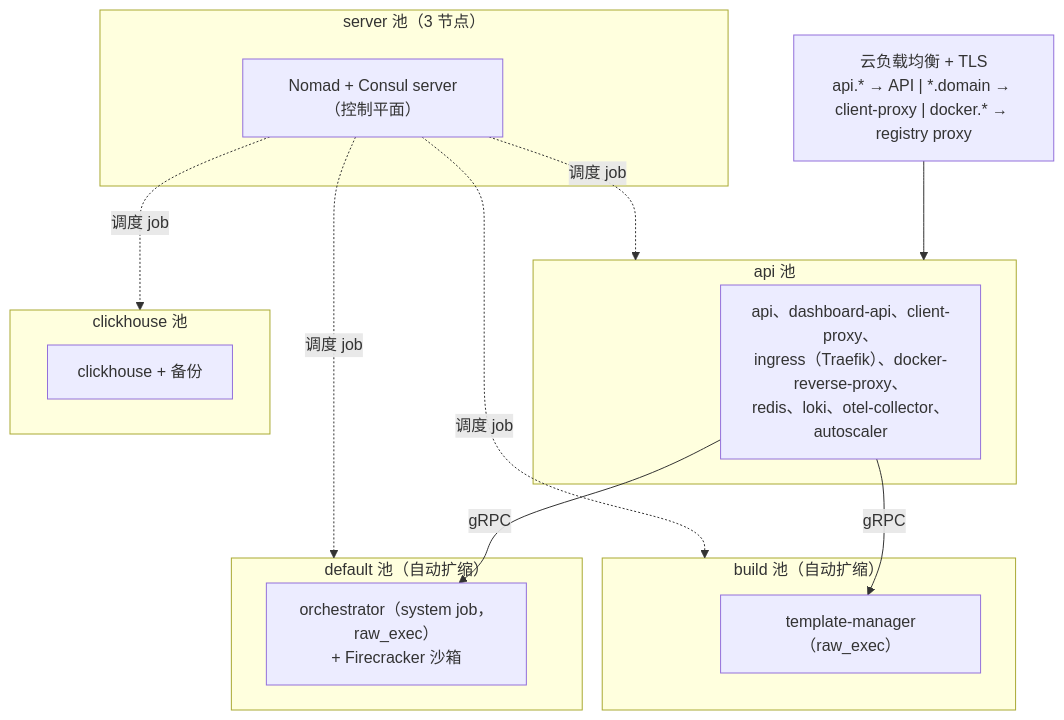
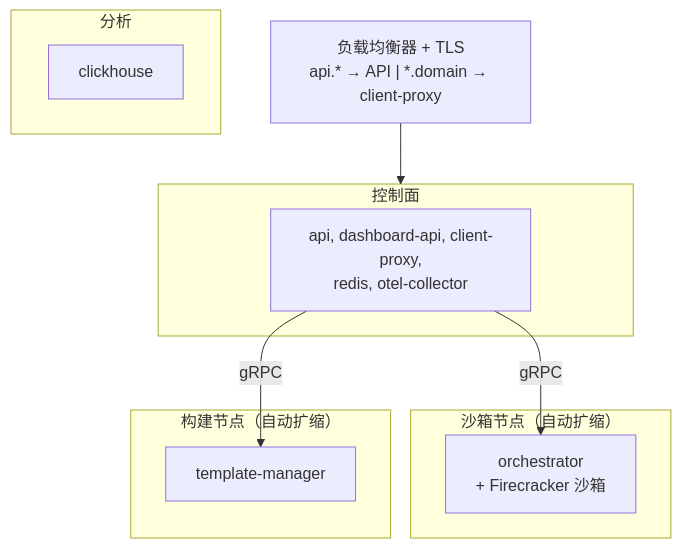
One commit to Piwriw/infra changed the sixth of 6 diagrams in web-docs/architecture-overview.md. Above: the diagram before and after it, drawn with Mermaid. The commit also changed other lines of this file and 59 other files, not shown here.

````diff
--- a/web-docs/architecture-overview.md
+++ b/web-docs/architecture-overview.md
@@ -247,24 +354,20 @@
 ```mermaid
 flowchart TB
-    LB["云负载均衡 + TLS<br/>api.* → API | *.domain → client-proxy | docker.* → registry proxy"]
+    LB["负载均衡器 + TLS<br/>api.* → API | *.domain → client-proxy"]
 
-    subgraph servers["server 池（3 节点）"]
-        NS["Nomad + Consul server（控制平面）"]
+    subgraph control["控制面"]
+        AJ["api, dashboard-api, client-proxy,<br/>redis, otel-collector"]
     end
-    subgraph apipool["api 池"]
-        AJ["api、dashboard-api、client-proxy、<br/>ingress（Traefik）、docker-reverse-proxy、<br/>redis、loki、otel-collector、autoscaler"]
+    subgraph sandboxnodes["沙箱节点（自动扩缩）"]
+        OJ["orchestrator<br/>+ Firecracker 沙箱"]
     end
-    subgraph clientpool["default 池（自动扩缩）"]
-        OJ["orchestrator（system job，raw_exec）<br/>+ Firecracker 沙箱"]
+    subgraph buildnodes["构建节点（自动扩缩）"]
+        TJ["template-manager"]
     end
-    subgraph buildpool["build 池（自动扩缩）"]
-        TJ["template-manager（raw_exec）"]
-    end
-    subgraph chpool["clickhouse 池"]
-        CJ["clickhouse + 备份"]
+    subgraph ch["分析"]
+        CJ["clickhouse"]
     end
 
-    LB --> apipool
+    LB --> control
     AJ -->|gRPC| OJ & TJ
-    NS -.->|调度 job| apipool & clientpool & buildpool & chpool
 ```
````
